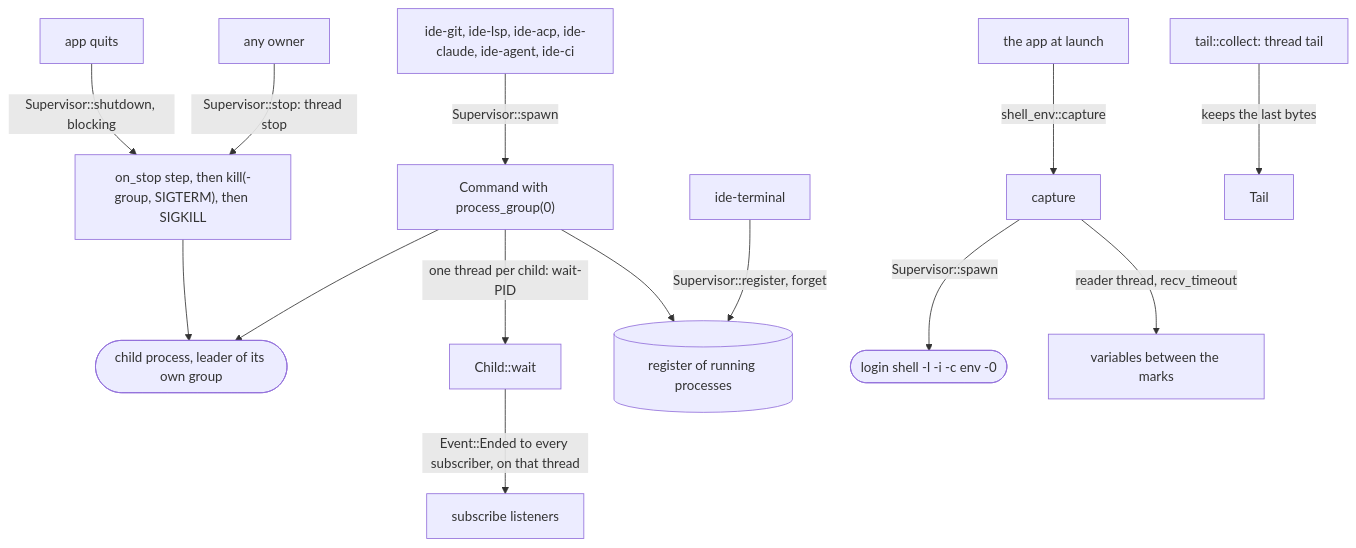
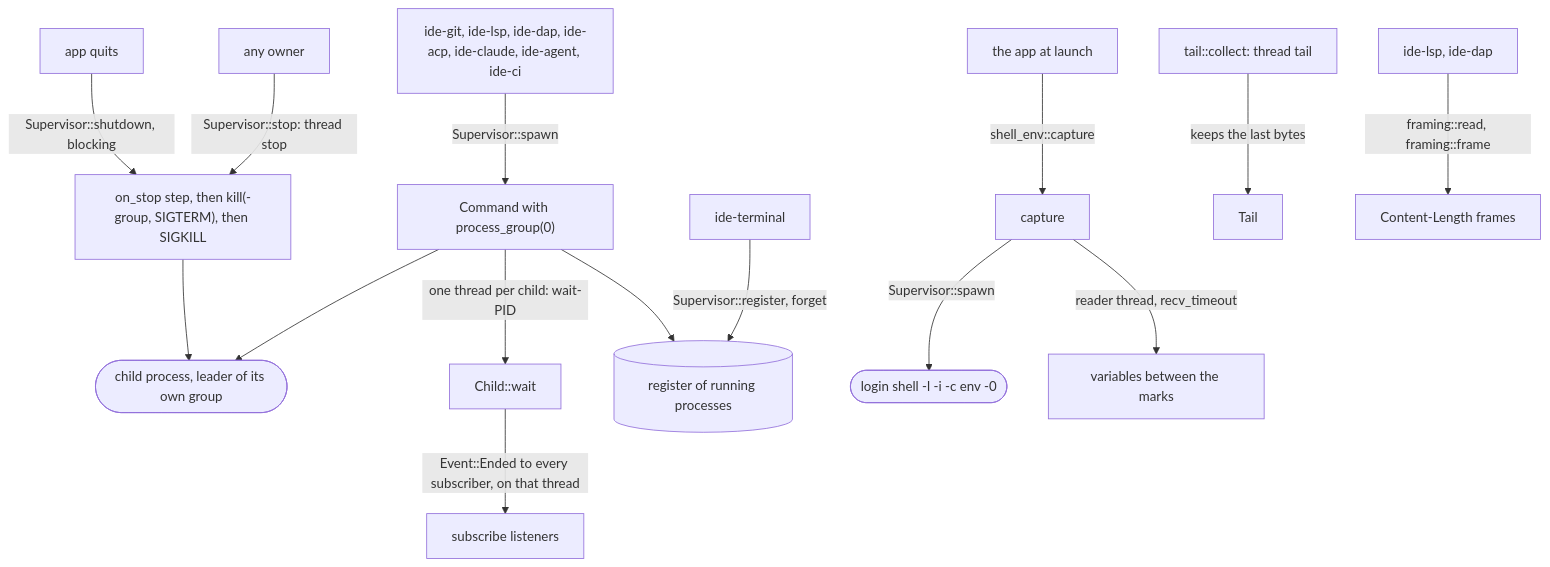
Before and after one commit to sventmueller/dango: the diagram in crates/ide-process/README.md, drawn with Mermaid. The commit also changed other lines of this file and 51 other files, not shown here.

First line of the commit message:
Add ide-dap, the Debug Adapter Protocol client, and share its framing with ide-lsp

````diff
--- a/crates/ide-process/README.md
+++ b/crates/ide-process/README.md
@@ -8,16 +8,17 @@
 ```mermaid
 flowchart TB
-    callers["ide-git, ide-lsp, ide-acp, ide-claude, ide-agent, ide-ci"] -->|"Supervisor::spawn"| spawn["Command with process_group(0)"]
+    callers["ide-git, ide-lsp, ide-dap, ide-acp, ide-claude, ide-agent, ide-ci"] -->|"Supervisor::spawn"| spawn["Command with process_group(0)"]
     spawn --> child(["child process, leader of its own group"])
     spawn -->|"one thread per child: wait-PID"| waiter["Child::wait"]
     waiter -->|"Event::Ended to every subscriber, on that thread"| listeners["subscribe listeners"]
     terminal["ide-terminal"] -->|"Supervisor::register, forget"| register[("register of running processes")]
     spawn --> register
     caller2["any owner"] -->|"Supervisor::stop: thread stop"| stopping["on_stop step, then kill(-group, SIGTERM), then SIGKILL"]
     quit["app quits"] -->|"Supervisor::shutdown, blocking"| stopping
     stopping --> child
     app["the app at launch"] -->|"shell_env::capture"| env["capture"]
     env -->|"Supervisor::spawn"| shell(["login shell -l -i -c env -0"])
     env -->|"reader thread, recv_timeout"| parsed["variables between the marks"]
     tail["tail::collect: thread tail"] -->|"keeps the last bytes"| output["Tail"]
+    protocols["ide-lsp, ide-dap"] -->|"framing::read, framing::frame"| framing["Content-Length frames"]
 ```
````
